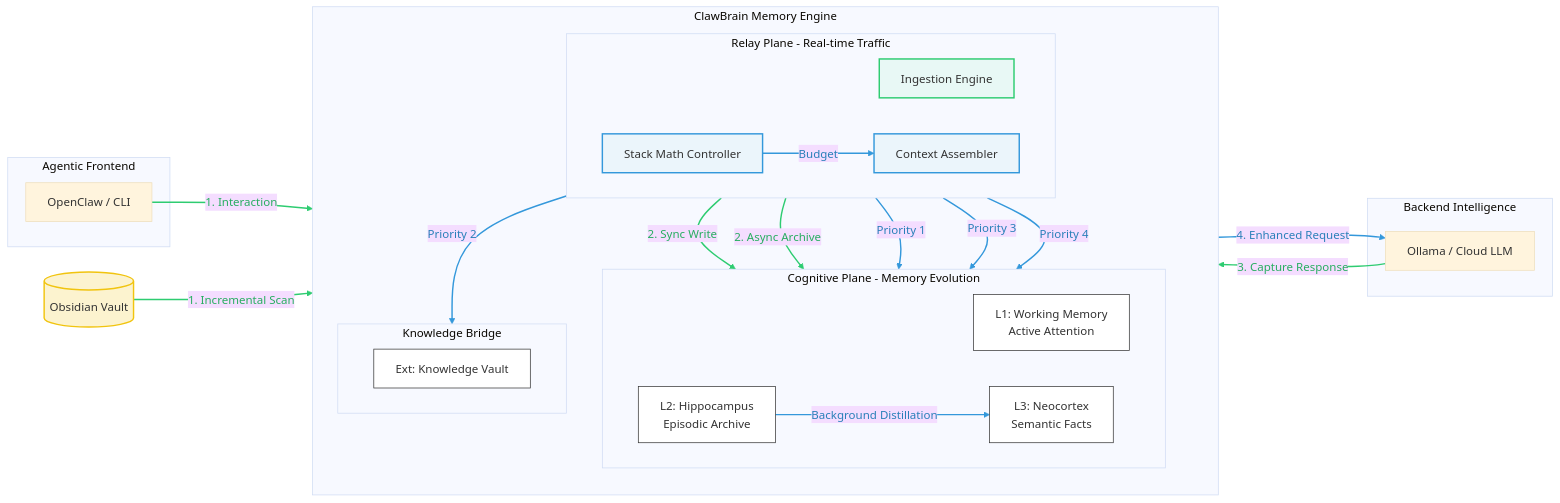
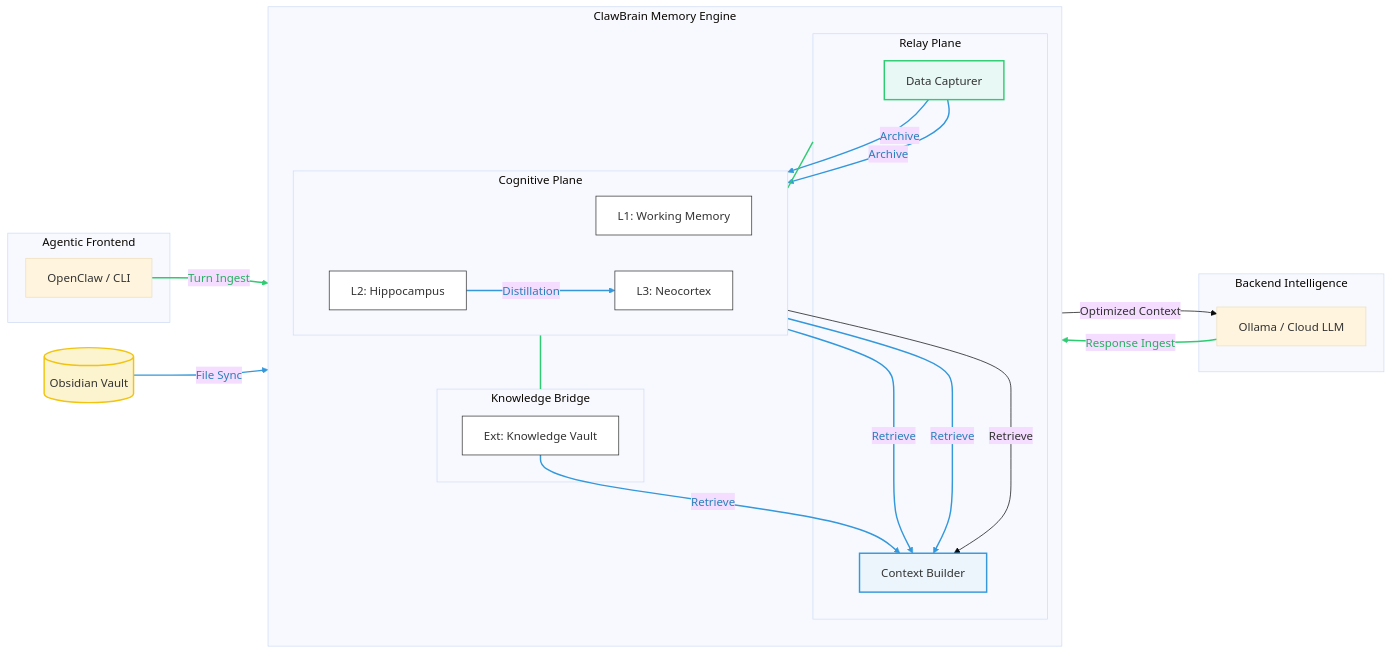
The diagram in README.md (winnerineast/ClawBrain), drawn with Mermaid (base theme) before and after one commit. The commit also changed other lines of this file and 1 other file, not shown here.

Commit message:
docs: convert architecture into pure Data Flow Diagram with color-coded ingestion/optimization paths

````diff
--- a/README.md
+++ b/README.md
@@ -110,69 +110,58 @@
 ```mermaid
 flowchart LR
     %% Style Definitions
     classDef capture stroke:#2ecc71,stroke-width:2px,fill:#e8f8f5
     classDef cognitive stroke:#3498db,stroke-width:2px,fill:#ebf5fb
     classDef storage fill:#ffffff,stroke:#333,stroke-width:1px
     classDef external fill:#fcf3cf,stroke:#f1c40f,stroke-width:2px
 
-    %% 1. Left: Frontend
+    %% 1. Horizontal Planes
     subgraph Left [Agentic Frontend]
         OC[OpenClaw / CLI]
     end
 
-    %% 2. Middle: ClawBrain Engine (Vertical Stack)
     subgraph Center [ClawBrain Memory Engine]
         direction TB
-        
-        subgraph Relay [Relay Plane - Real-time Traffic]
+        subgraph Relay [Relay Plane]
+            Ingest[Data Capturer]:::capture
+            Assemble[Context Builder]:::cognitive
+        end
+        subgraph Cognitive [Cognitive Plane]
             direction LR
-            Ingest[Ingestion Engine]:::capture
-            Assemble[Context Assembler]:::cognitive
-            Logic[Stack Math Controller]:::cognitive
+            L1[L1: Working Memory]:::storage
+            L2[L2: Hippocampus]:::storage
+            L3[L3: Neocortex]:::storage
         end
-
-        subgraph CognitivePlane [Cognitive Plane - Memory Evolution]
-            direction LR
-            L1[L1: Working Memory\nActive Attention]:::storage
-            L2[L2: Hippocampus\nEpisodic Archive]:::storage
-            L3[L3: Neocortex\nSemantic Facts]:::storage
-        end
-
-        subgraph KnowledgePlane [Knowledge Bridge]
-            direction LR
+        subgraph Knowledge [Knowledge Bridge]
             Ext[Ext: Knowledge Vault]:::storage
         end
+        %% Vertical Stacking Constraints
+        Relay ~~~ Cognitive ~~~ Knowledge
     end
 
-    %% 3. Right: Backend Intelligence
     subgraph Right [Backend Intelligence]
         LLM[Ollama / Cloud LLM]
     end
 
-    %% 4. Bottom: Physical Storage
     Vault[(Obsidian Vault)]:::external
 
-    %% --- INFORMATION FLOWS ---
+    %% --- DATA FLOW 1: MEMORY CAPTURE (GREEN) ---
+    %% How information enters and becomes memory
+    OC -- "Turn Ingest" --> Ingest
+    LLM -- "Response Ingest" --> Ingest
+    Ingest -- "Archive" --> L1 & L2
+    Vault -- "File Sync" --> Ext
 
-    %% FLOW A: Memory Capture (Green)
-    OC -- "1. Interaction" --> Ingest
-    Ingest -- "2. Sync Write" --> L1
-    Ingest -- "2. Async Archive" --> L2
-    Vault -- "1. Incremental Scan" --> Ext
-    LLM -- "3. Capture Response" --> Ingest
-
-    %% FLOW B: Internal Evolution (Blue)
-    L2 -- "Background Distillation" --> L3
-
-    %% FLOW C: Context Optimization (Blue)
-    Logic -- "Budget" --> Assemble
-    Assemble -- "Priority 1" --> L3
-    Assemble -- "Priority 2" --> Ext
-    Assemble -- "Priority 3" --> L1
-    Assemble -- "Priority 4" --> L2
-    Assemble -- "4. Enhanced Request" --> LLM
+    %% --- DATA FLOW 2: OPTIMIZATION & RECALL (BLUE) ---
+    %% How memory is processed and retrieved for context
+    L2 -- "Distillation" --> L3
+    L3 -- "Retrieve" --> Assemble
+    Ext -- "Retrieve" --> Assemble
+    L1 -- "Retrieve" --> Assemble
+    L2 -- "Retrieve" --> Assemble
+    Assemble -- "Optimized Context" --> LLM
 
     %% Applying Link Styles
-    linkStyle 0,1,2,3,4 stroke:#2ecc71,stroke-width:2px,color:#27ae60
-    linkStyle 5,6,7,8,9,10,11 stroke:#3498db,stroke-width:2px,color:#2980b9
+    linkStyle 0,1,2,3 stroke:#2ecc71,stroke-width:2px,color:#27ae60
+    linkStyle 4,5,6,7,8,9,10 stroke:#3498db,stroke-width:2px,color:#2980b9
 ```
````
